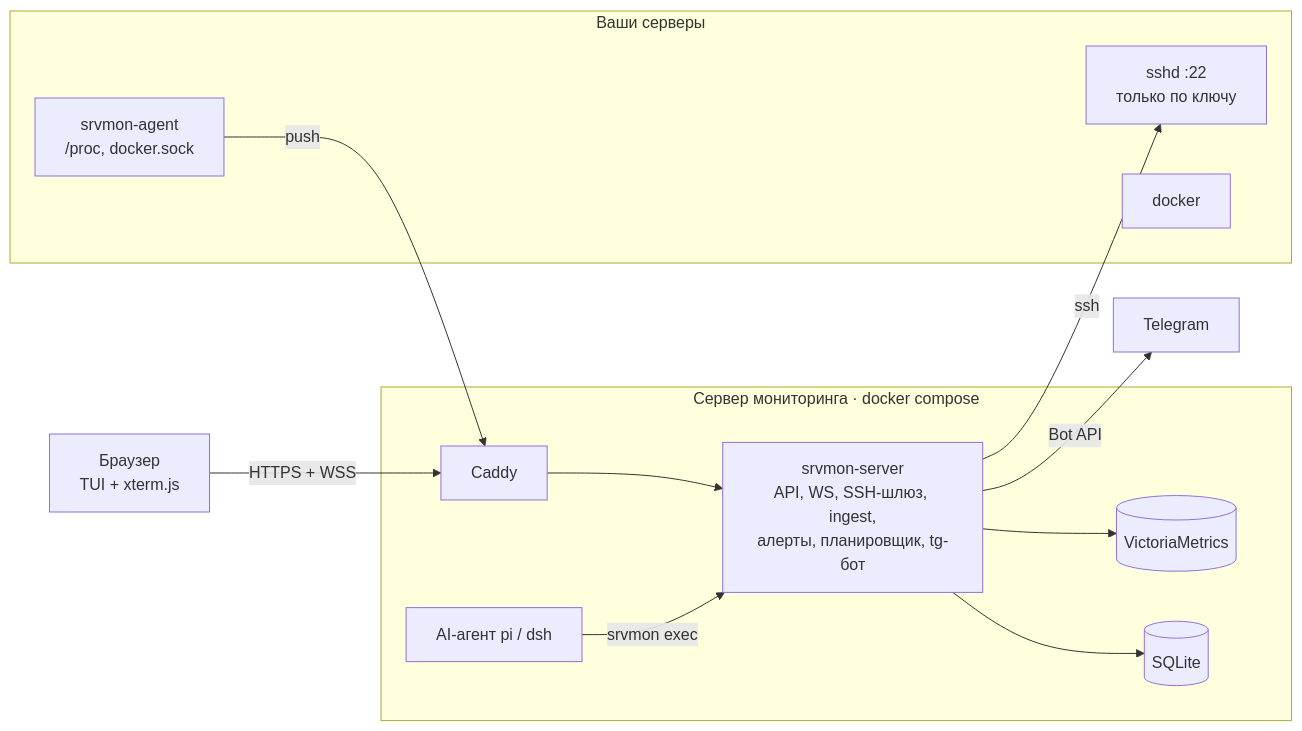
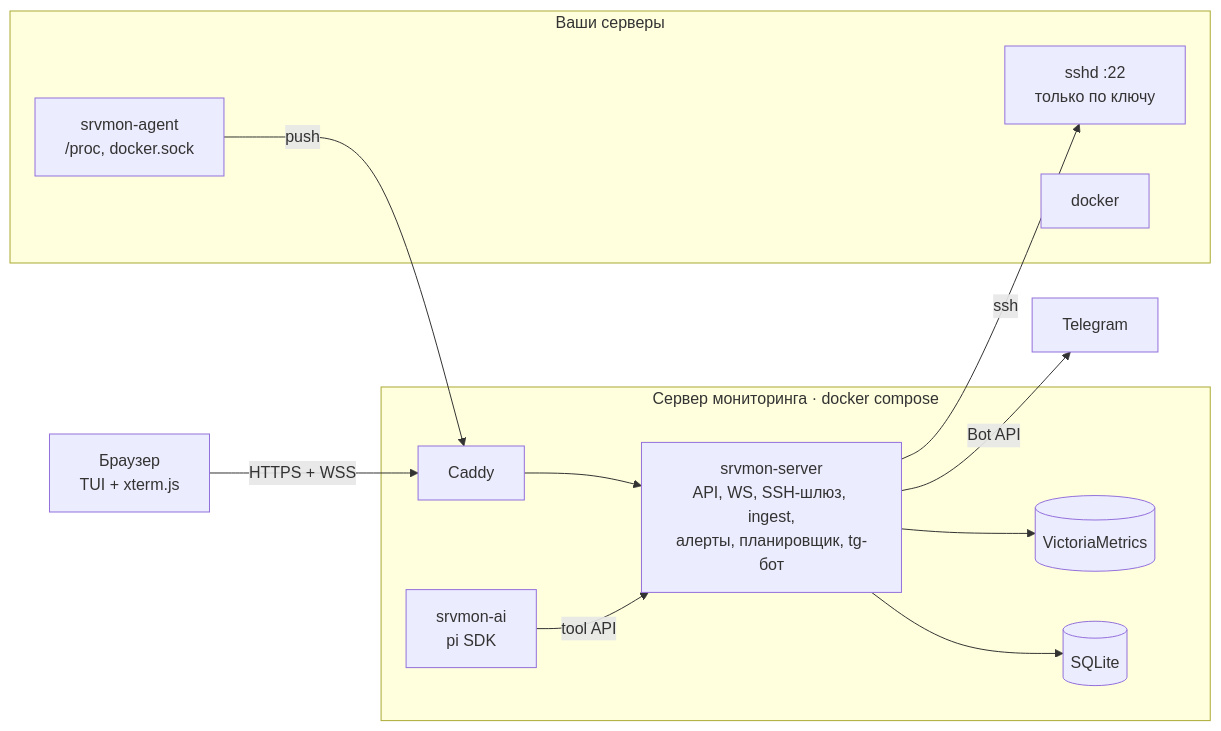
One commit to askidmobile/srvmon changed the first of 2 diagrams in docs/architecture.md. Above: the diagram before and after it, drawn with Mermaid. The commit also changed other lines of this file and 44 other files, not shown here.

First line of the commit message:
AI-агент: pi в контейнере srvmon-ai, панель в терминале, подтверждения и задачи (этап 5) (#10)

````diff
--- a/docs/architecture.md
+++ b/docs/architecture.md
@@ -20,18 +20,18 @@
 ```mermaid
 flowchart LR
   B[Браузер<br/>TUI + xterm.js] -->|HTTPS + WSS| C[Caddy]
   subgraph M[Сервер мониторинга · docker compose]
     C --> S[srvmon-server<br/>API, WS, SSH-шлюз, ingest,<br/>алерты, планировщик, tg-бот]
     S --> VM[(VictoriaMetrics)]
     S --> DB[(SQLite)]
-    AI[AI-агент pi / dsh] -->|srvmon exec| S
+    AI[srvmon-ai<br/>pi SDK] -->|tool API| S
   end
   subgraph T[Ваши серверы]
     A[srvmon-agent<br/>/proc, docker.sock]
     SSH[sshd :22<br/>только по ключу]
     D[docker]
   end
   A -->|push| C
   S -->|ssh| SSH
   S -->|Bot API| TG[Telegram]
 ```
````
